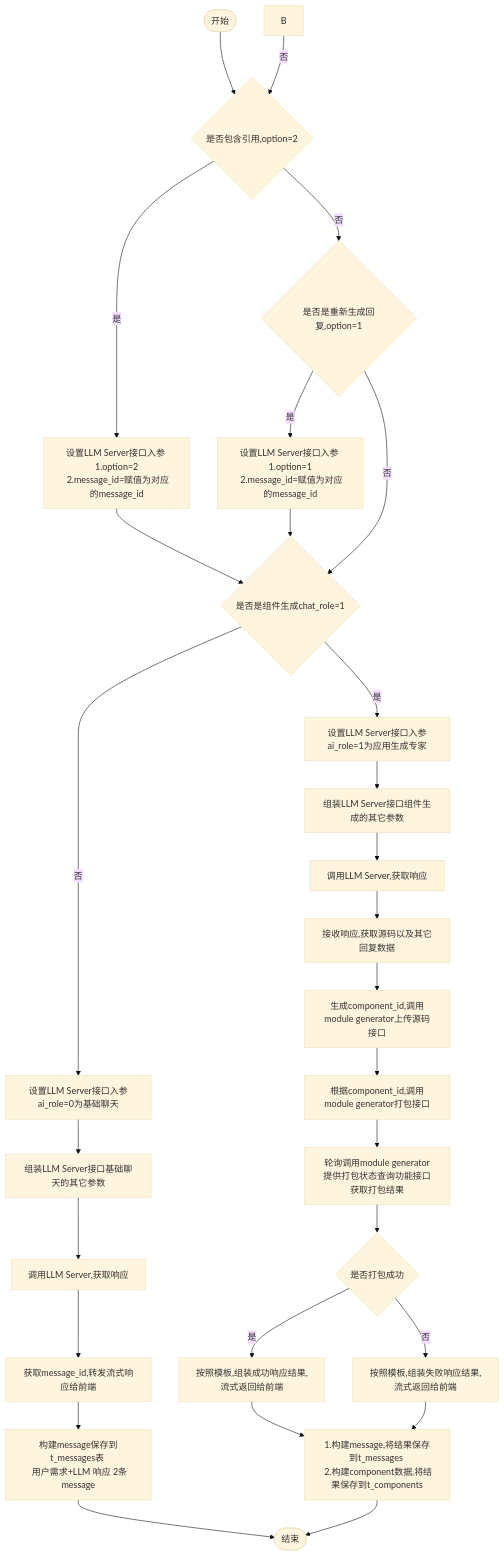
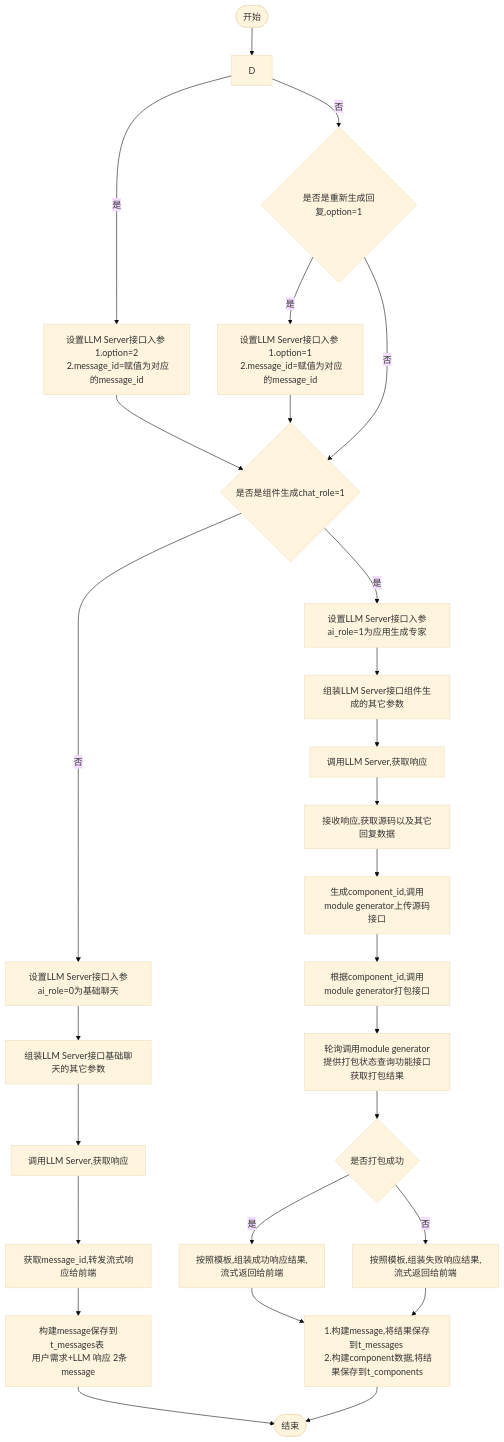
The diagram in all/w3-会话-不需要传递message.md (yingjianzh/iodraw-files), drawn with Mermaid (base theme) before and after one commit.

Commit message:
2024-10-15 14:14:33 update

````diff
--- a/all/w3-会话-不需要传递message.md
+++ b/all/w3-会话-不需要传递message.md
@@ -1,34 +1,34 @@
 ```mermaid
 flowchart TD
     A([开始]) --> D
-    B -- 否 --> D{是否包含引用,option=2}
+    
     D -- 是 --> E[设置LLM Server接口入参 \n 1.option=2 \n 2.message_id=赋值为对应的message_id]
     D -- 否 --> F{是否是重新生成回复,option=1}
     F -- 是 --> G[设置LLM Server接口入参 \n 1.option=1 \n 2.message_id=赋值为对应的message_id]
     F -- 否 --> I
      
     E & G --> I{是否是组件生成chat_role=1}
     I -- 否 --> K[设置LLM Server接口入参ai_role=0为基础聊天]
     I -- 是 --> J[设置LLM Server接口入参ai_role=1为应用生成专家]
     
 
     J --> L[组装LLM Server接口组件生成的其它参数]    
     K --> M[组装LLM Server接口基础聊天的其它参数]    
     M --> N[调用LLM Server,获取响应]    
     N --> O[获取message_id,转发流式响应给前端]
     O --> P[构建message保存到t_messages表 \n 用户需求+LLM 响应 2条message]
     P --> R([结束])
 
 
     L --> S[调用LLM Server,获取响应]
     S --> T[接收响应,获取源码以及其它回复数据]
     T --> U[生成component_id,调用module generator上传源码接口]
     U --> V[根据component_id,调用module generator打包接口]
     V --> W[轮询调用module generator提供打包状态查询功能接口获取打包结果]
     W --> X{是否打包成功}
     X -- 是 --> Y[按照模板,组装成功响应结果,流式返回给前端]
     X -- 否 --> Z[按照模板,组装失败响应结果,流式返回给前端]
 
     Y & Z --> Result[1.构建message,将结果保存到t_messages \n 2.构建component数据,将结果保存到t_components]
     Result --> R
 ```
````
